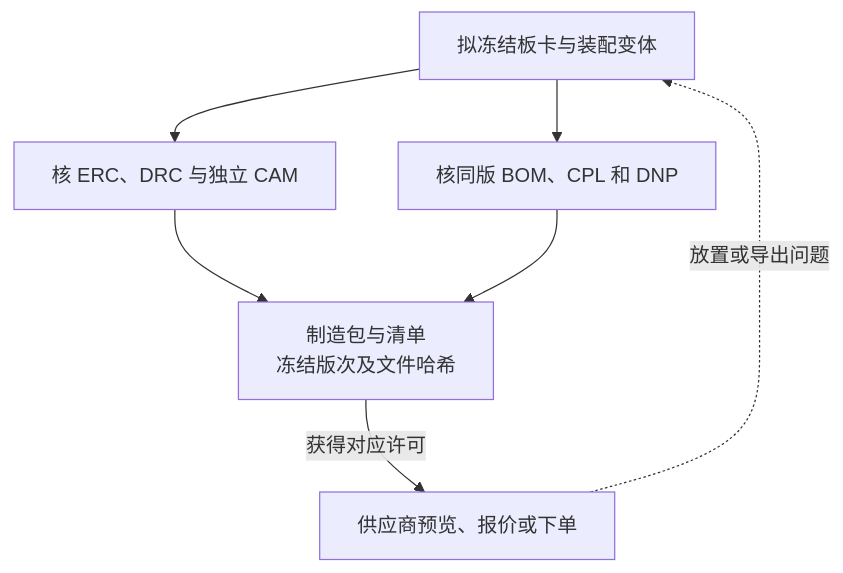
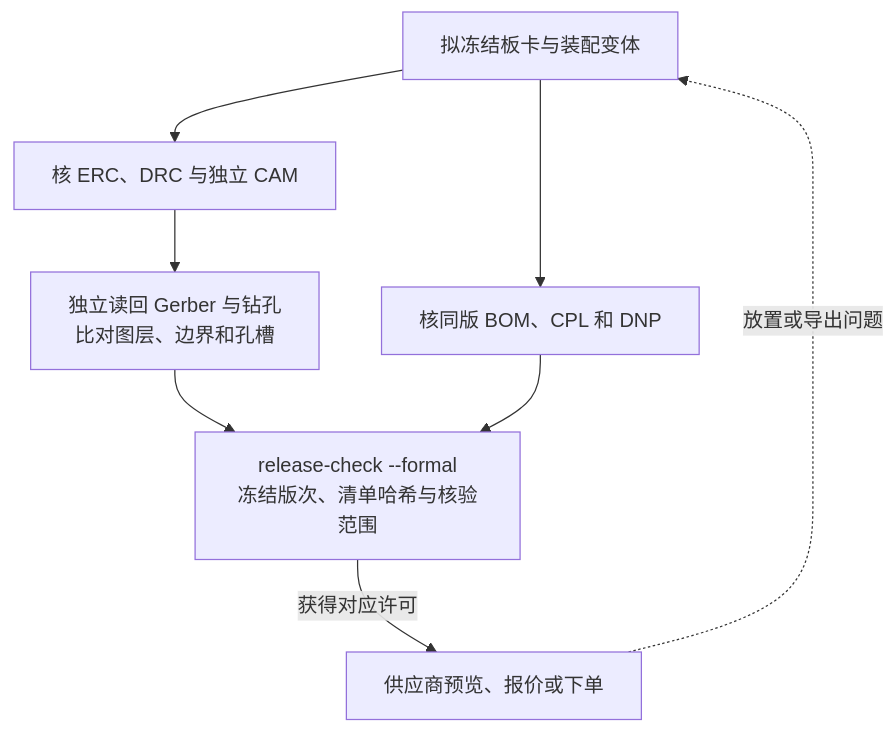
One commit to zhr1008/hardware-design-skills changed the ninth of 9 diagrams in docs/architecture-guide.md. Above: the diagram before and after it, drawn with Mermaid. The commit also changed other lines of this file and 109 other files, not shown here.

````diff
--- a/docs/architecture-guide.md
+++ b/docs/architecture-guide.md
@@ -133,9 +141,10 @@
 ```mermaid
 flowchart TD
   A["拟冻结板卡与装配变体"] --> B["核 ERC、DRC 与独立 CAM"]
   A --> C["核同版 BOM、CPL 和 DNP"]
-  B --> D["制造包与清单<br/>冻结版次及文件哈希"]
+  B --> G["独立读回 Gerber 与钻孔<br/>比对图层、边界和孔槽"]
+  G --> D["release-check --formal<br/>冻结版次、清单哈希与核验范围"]
   C --> D
   D -->|"获得对应许可"| E["供应商预览、报价或下单"]
   E -. "放置或导出问题" .-> A
 ```
````
